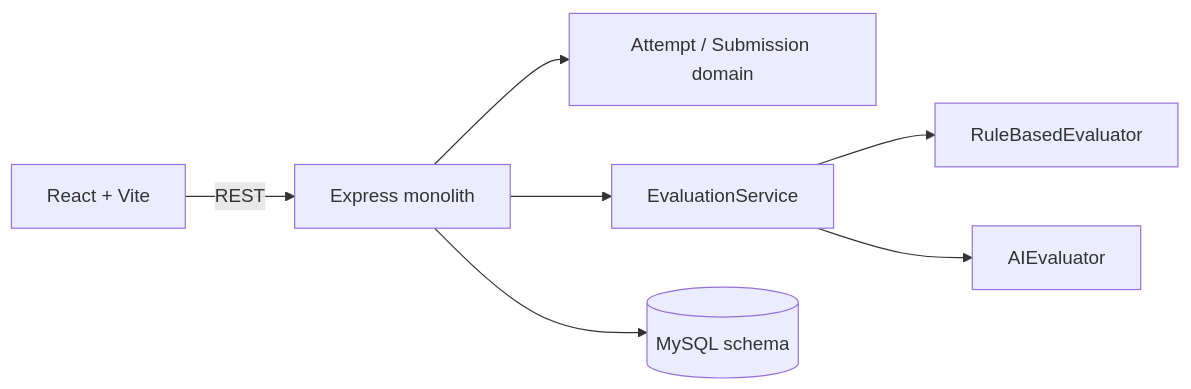
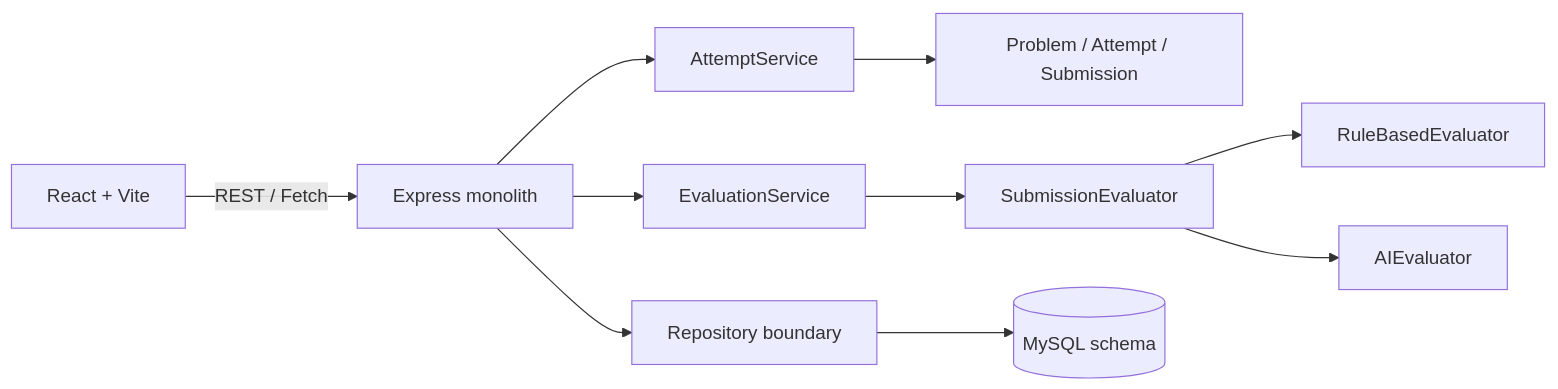
Before and after one commit to umangkumar612/Blueprint-Lab: the second of 2 diagrams in lld-practice-platform/README.md, drawn with Mermaid. The commit also changed other lines of this file and 1 other file, not shown here.

````diff
--- a/lld-practice-platform/README.md
+++ b/lld-practice-platform/README.md
@@ -17,9 +56,12 @@
 ```mermaid
 flowchart LR
-  Browser[React + Vite] -->|REST| API[Express monolith]
-  API --> Domain[Attempt / Submission domain]
+  Browser[React + Vite] -->|REST / Fetch| API[Express monolith]
+  API --> Attempt[AttemptService]
   API --> Eval[EvaluationService]
-  Eval --> Rule[RuleBasedEvaluator]
-  Eval --> AI[AIEvaluator]
-  API --> Store[(MySQL schema)]
+  Attempt --> Domain[Problem / Attempt / Submission]
+  Eval --> Contract[SubmissionEvaluator]
+  Contract --> Rules[RuleBasedEvaluator]
+  Contract --> OpenAI[AIEvaluator]
+  API --> Repo[Repository boundary]
+  Repo --> MySQL[(MySQL schema)]
 ```
````
